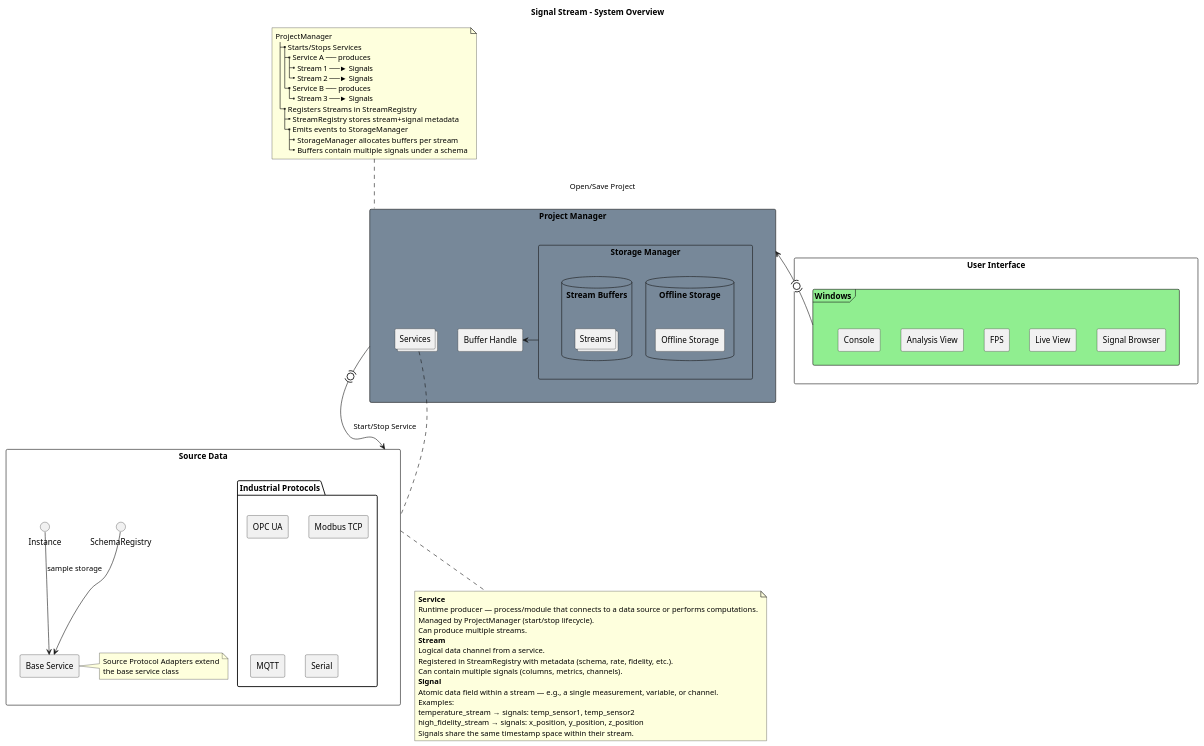
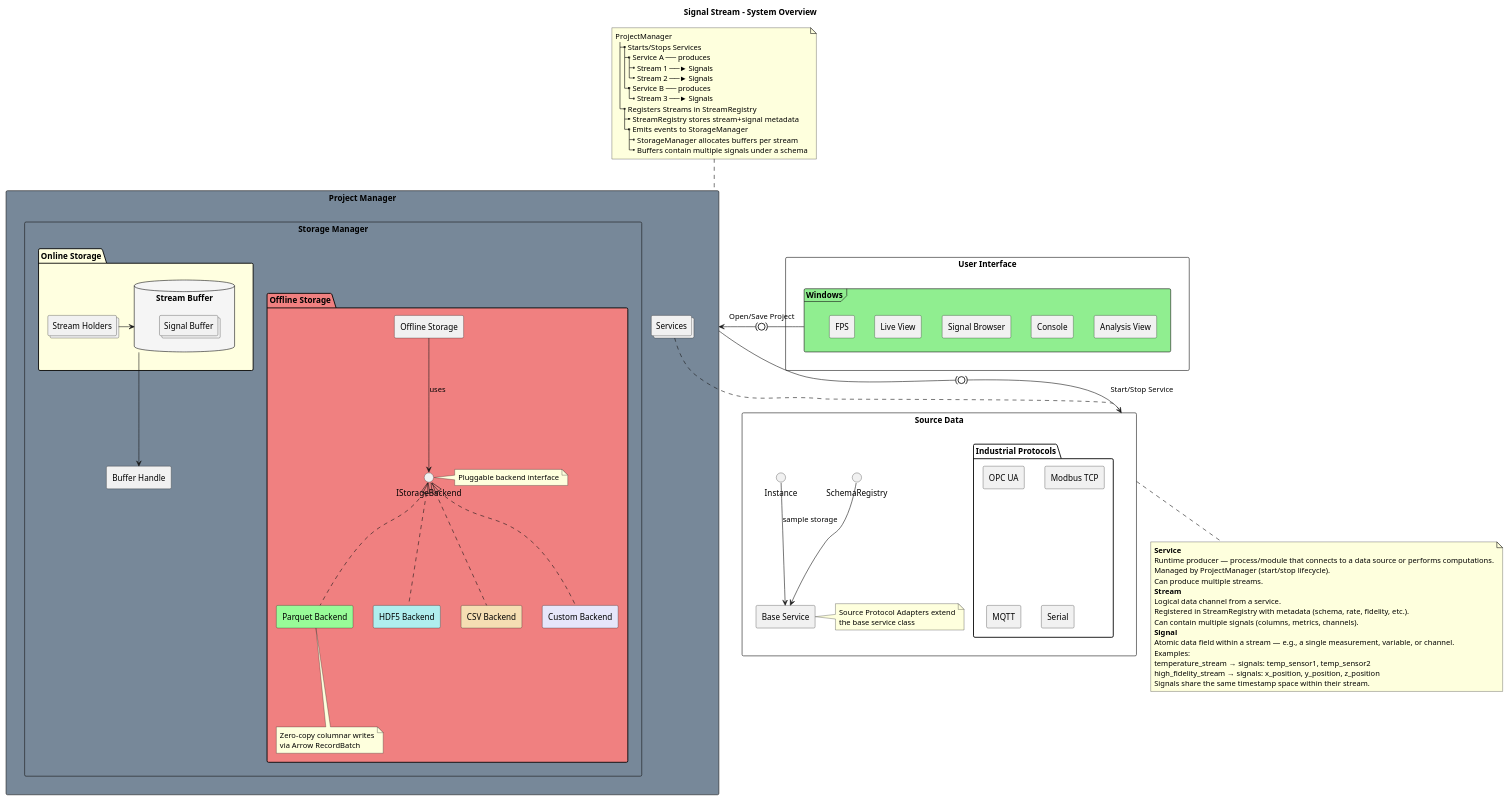
The diagram in Signal Stream Layout.puml (diffusion4812/signal-stream), drawn with PlantUML before and after one commit. The commit also changed 5 other files, not shown here.

Commit message:
PlantUML Updates

```diff
--- a/Signal Stream Layout.puml
+++ b/Signal Stream Layout.puml
@@ -1,97 +1,126 @@
 @startuml Signal Stream Layout
 skinparam componentStyle rectangle
 title Signal Stream - System Overview
 
 rectangle "Source Data" as Service {
   folder "Industrial Protocols" {
     [OPC UA]
     [Modbus TCP]
     [MQTT]
     [Serial]
   }
 
   [Base Service] as BaseService
 
   note right of BaseService
     Source Protocol Adapters extend
     the base service class
   end note
   
 SchemaRegistry --> BaseService
 Instance --> BaseService : sample storage
 }
 
 note bottom of Service
 **Service**
 Runtime producer — process/module that connects to a data source or performs computations.
 Managed by ProjectManager (start/stop lifecycle).
 Can produce multiple streams.
 **Stream**
 Logical data channel from a service.
 Registered in StreamRegistry with metadata (schema, rate, fidelity, etc.).
 Can contain multiple signals (columns, metrics, channels).
 **Signal**
 Atomic data field within a stream — e.g., a single measurement, variable, or channel.
 Examples:
 temperature_stream → signals: temp_sensor1, temp_sensor2
 high_fidelity_stream → signals: x_position, y_position, z_position
 Signals share the same timestamp space within their stream.
 end note
 
 rectangle "Project Manager" as ProjectManager #LightSlateGrey {
+  rectangle "Storage Manager" as StorageManager {
+    ' Offline Storage Section
+    package "Offline Storage" #LightCoral {
+      [Offline Storage] as OfflineDataStorage
 
-  rectangle "Storage Manager" as StorageManager {
-    database "Offline Storage" {
-      [Offline Storage] as OfflineDataStorage
+      interface "IStorageBackend" as IBackend
+      note right of IBackend
+        Pluggable backend interface
+      end note
+
+      component "Parquet Backend" as ParquetBackend #PaleGreen
+      component "HDF5 Backend" as HDF5Backend #PaleTurquoise
+      component "CSV Backend" as CSVBackend #Wheat
+      component "Custom Backend" as CustomBackend #Lavender
+
+      OfflineDataStorage -down-> IBackend : "uses"
+      IBackend <|.. ParquetBackend
+      IBackend <|.. HDF5Backend
+      IBackend <|.. CSVBackend
+      IBackend <|.. CustomBackend
+
+      note bottom of ParquetBackend
+        Zero-copy columnar writes
+        via Arrow RecordBatch
+      end note
     }
-    database "Stream Buffers" {
-      collections "Streams" as ServiceBuffers
+
+    ' Online Storage Section
+    package "Online Storage" #LightYellow {
+      collections "Stream Holders" as StreamHolders
+      database "Stream Buffer" as StreamBuffer #WhiteSmoke {
+        collections "Signal Buffer" as SignalBuffer
+      }
+
+      StreamHolders -> StreamBuffer
     }
+
+  [Buffer Handle] as BufferHandle
+  StreamBuffer -down-> BufferHandle
   }
 
   collections "Services" as services
 
-  [Buffer Handle] as BufferHandle
 
-  StorageManager -> BufferHandle
 }
 
 note top of ProjectManager
 ProjectManager
 |_ Starts/Stops Services
   |_ Service A ── produces
     |_ Stream 1 ──► Signals
     |_ Stream 2 ──► Signals
   |_ Service B ── produces
     |_ Stream 3 ──► Signals
 |_ Registers Streams in StreamRegistry
   |_ StreamRegistry stores stream+signal metadata
   |_ Emits events to StorageManager
     |_ StorageManager allocates buffers per stream
     |_ Buffers contain multiple signals under a schema
 end note
 
 rectangle "User Interface" {
   frame "Windows" as Windows #LightGreen {
     skinparam nodesep 0
     skinparam ranksep 0
     skinparam componentStyle rectangle
     [Signal Browser] as SignalBrowser
     [Live View] as LiveView
     [FPS] as FPS
     [Analysis View] as AnalysisView
     [Console] as Console
 
     Windows -right[hidden]-> SignalBrowser
     Windows -right[hidden]-> LiveView
     Windows -right[hidden]-> FPS
     Windows -right[hidden]-> AnalysisView
     Windows -right[hidden]-> Console
   }
 }
 
 Windows -left(0)-> ProjectManager : Open/Save Project
 ProjectManager -(0)-> Service : Start/Stop Service
 services -right[dashed]- Service
 
 @enduml
```
